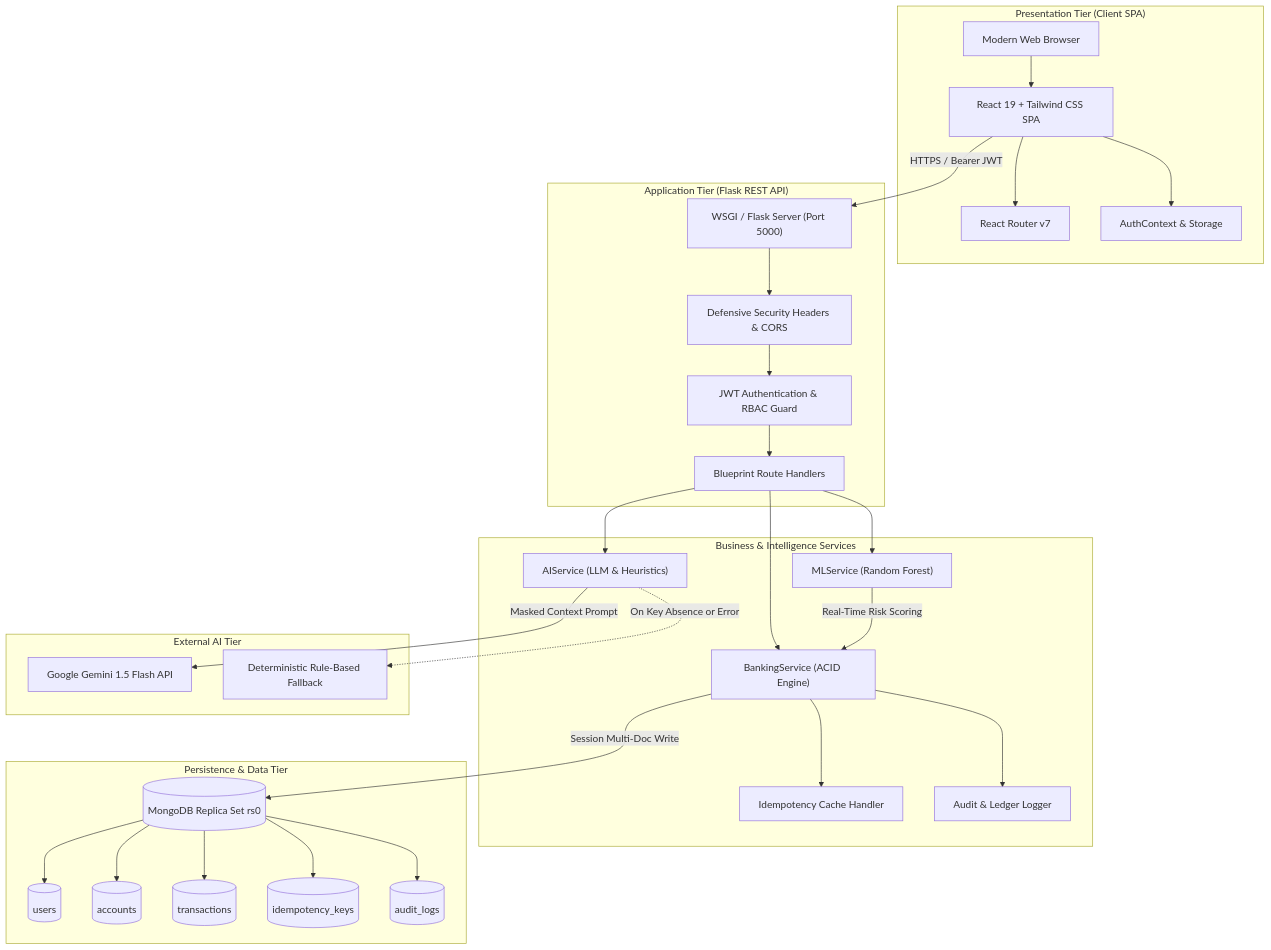
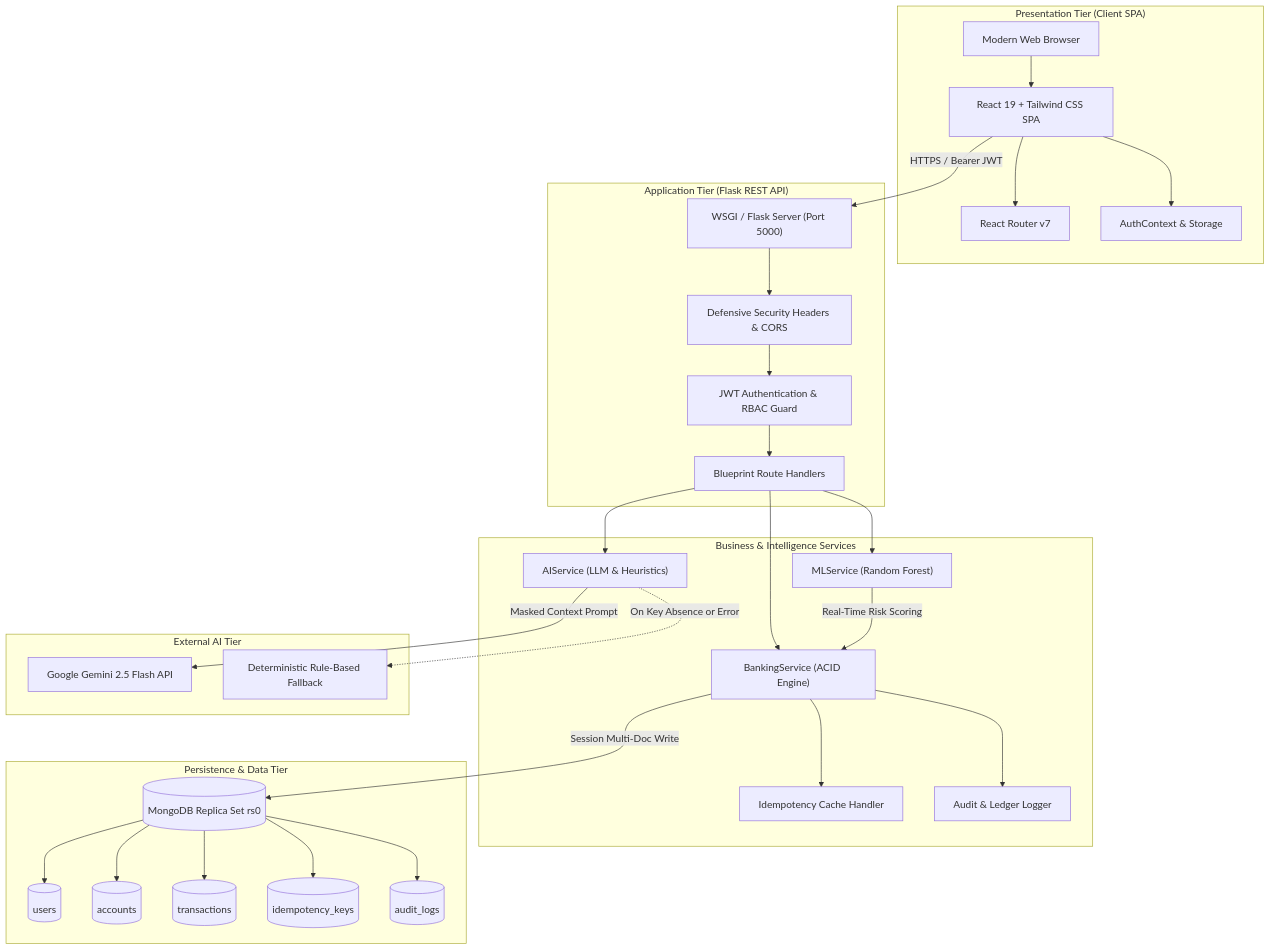
The first of 5 diagrams in docs/SYSTEM_DESIGN.md (Karpagavalli-V/Apex), drawn with Mermaid before and after one commit. The commit also changed other lines of this file and 5 other files, not shown here.

Commit message:
chore: upgrade GenAI model to gemini-2.5-flash

````diff
--- a/docs/SYSTEM_DESIGN.md
+++ b/docs/SYSTEM_DESIGN.md
@@ -14,64 +14,64 @@
 ```mermaid
 flowchart TB
     subgraph ClientTier["Presentation Tier (Client SPA)"]
         Browser["Modern Web Browser"]
         ReactApp["React 19 + Tailwind CSS SPA"]
         Router["React Router v7"]
         State["AuthContext & Storage"]
         Browser --> ReactApp
         ReactApp --> Router
         ReactApp --> State
     end
 
     subgraph APITier["Application Tier (Flask REST API)"]
         WSGI["WSGI / Flask Server (Port 5000)"]
         SecMiddleware["Defensive Security Headers & CORS"]
         JWTAuth["JWT Authentication & RBAC Guard"]
         RouterAPI["Blueprint Route Handlers"]
         
         WSGI --> SecMiddleware
         SecMiddleware --> JWTAuth
         JWTAuth --> RouterAPI
     end
 
     subgraph ServiceTier["Business & Intelligence Services"]
         BankSvc["BankingService (ACID Engine)"]
         MLSvc["MLService (Random Forest)"]
         AISvc["AIService (LLM & Heuristics)"]
         IdemCache["Idempotency Cache Handler"]
         AuditLog["Audit & Ledger Logger"]
     end
 
     subgraph PersistenceTier["Persistence & Data Tier"]
         MongoCluster[("MongoDB Replica Set rs0")]
         UsersColl[("users")]
         AccountsColl[("accounts")]
         TxColl[("transactions")]
         IdemColl[("idempotency_keys")]
         AuditColl[("audit_logs")]
     end
 
     subgraph ExternalIntelligence["External AI Tier"]
-        GeminiAPI["Google Gemini 1.5 Flash API"]
+        GeminiAPI["Google Gemini 2.5 Flash API"]
         RuleFallback["Deterministic Rule-Based Fallback"]
     end
 
     ReactApp -->|HTTPS / Bearer JWT| WSGI
     RouterAPI --> BankSvc
     RouterAPI --> MLSvc
     RouterAPI --> AISvc
 
     BankSvc --> IdemCache
     BankSvc --> AuditLog
     BankSvc -->|Session Multi-Doc Write| MongoCluster
     MLSvc -->|Real-Time Risk Scoring| BankSvc
 
     AISvc -->|Masked Context Prompt| GeminiAPI
     AISvc -.->|On Key Absence or Error| RuleFallback
 
     MongoCluster --> UsersColl
     MongoCluster --> AccountsColl
     MongoCluster --> TxColl
     MongoCluster --> IdemColl
     MongoCluster --> AuditColl
 ```
````
